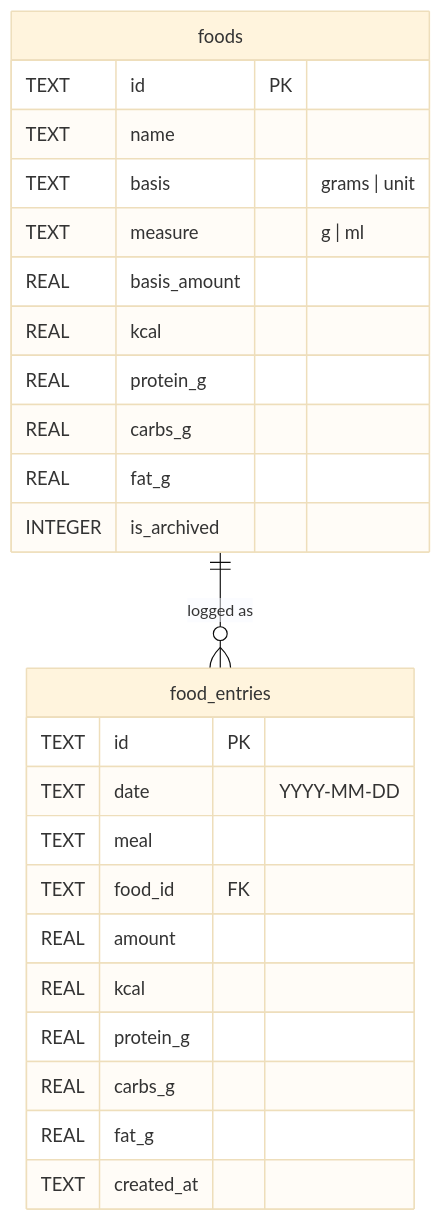
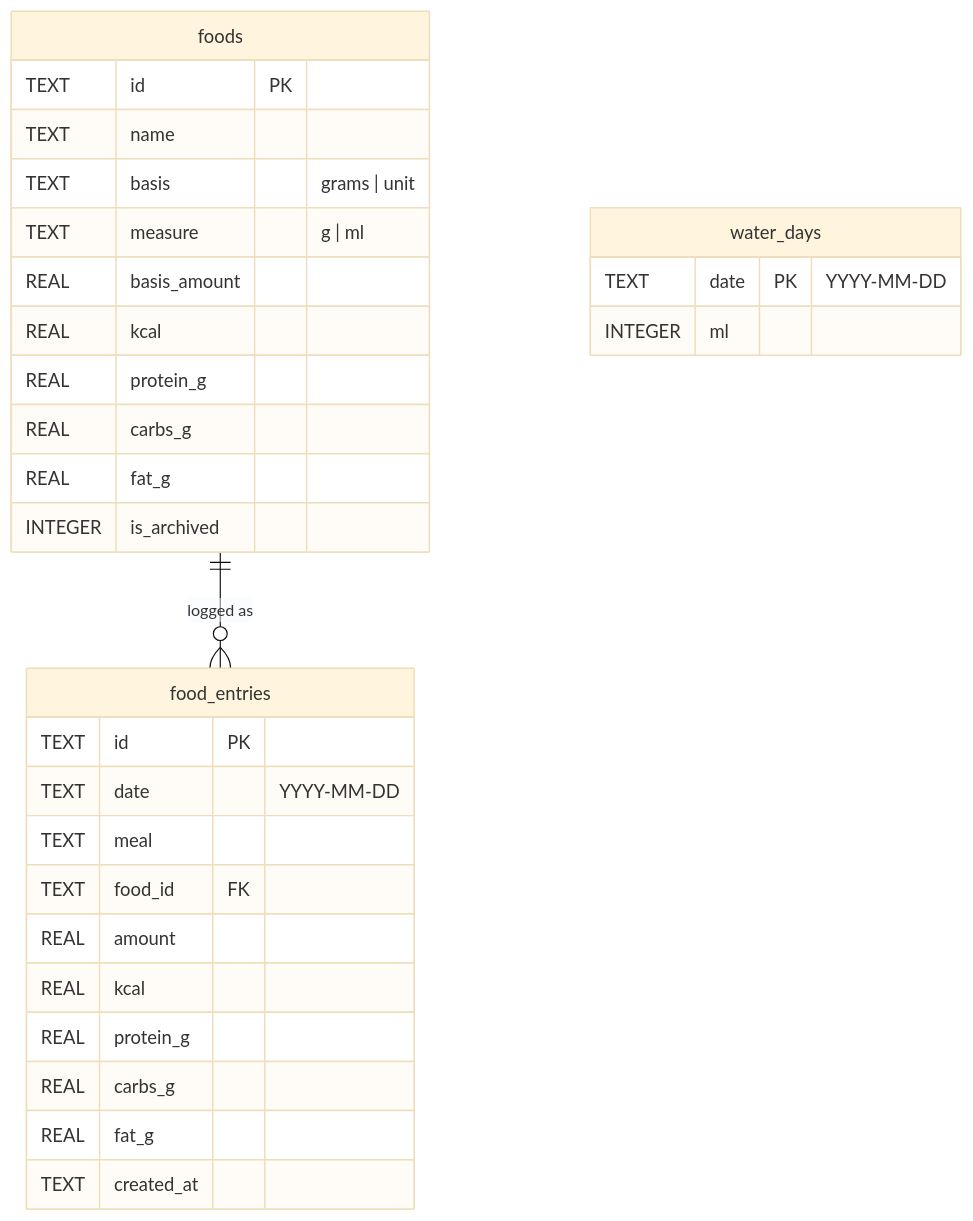
Before and after one commit to ABorges2003/GymLog: the third of 4 diagrams in README.md, drawn with Mermaid (base theme). The commit also changed other lines of this file and 86 other files, not shown here.

````diff
--- a/README.md
+++ b/README.md
@@ -231,29 +255,33 @@
 ```mermaid
 erDiagram
     foods ||--o{ food_entries : "logged as"
 
     foods {
         TEXT id PK
         TEXT name
         TEXT basis "grams | unit"
         TEXT measure "g | ml"
         REAL basis_amount
         REAL kcal
         REAL protein_g
         REAL carbs_g
         REAL fat_g
         INTEGER is_archived
     }
     food_entries {
         TEXT id PK
         TEXT date "YYYY-MM-DD"
         TEXT meal
         TEXT food_id FK
         REAL amount
         REAL kcal
         REAL protein_g
         REAL carbs_g
         REAL fat_g
         TEXT created_at
     }
+    water_days {
+        TEXT date PK "YYYY-MM-DD"
+        INTEGER ml
+    }
 ```
````
